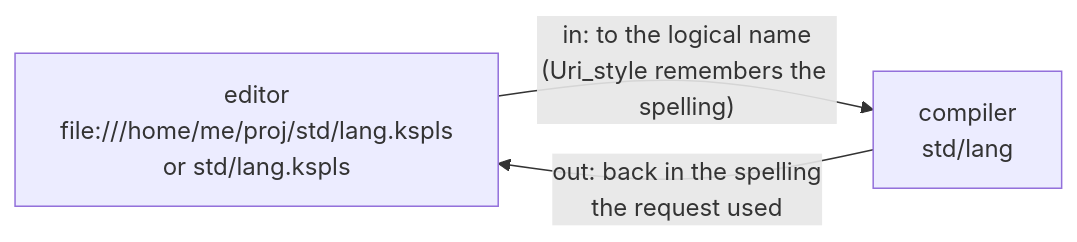
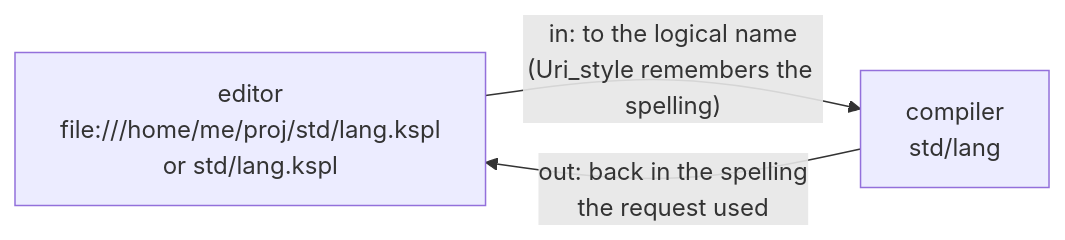
One commit to kansosystem-org/kspl-experimental changed the fourth of 5 diagrams in ksplc/docs/DESIGN-tools.md. Above: the diagram before and after it, drawn with Mermaid. The commit also changed other lines of this file and 1422 other files, not shown here.

````diff
--- a/ksplc/docs/DESIGN-tools.md
+++ b/ksplc/docs/DESIGN-tools.md
@@ -401,5 +405,5 @@
 ```mermaid
 flowchart LR
-    E["editor<br/>file:///home/me/proj/std/lang.kspls<br/>or std/lang.kspls"] -->|"in: to the logical name<br/>(Uri_style remembers the spelling)"| C["compiler<br/>std/lang"]
+    E["editor<br/>file:///home/me/proj/std/lang.kspl<br/>or std/lang.kspl"] -->|"in: to the logical name<br/>(Uri_style remembers the spelling)"| C["compiler<br/>std/lang"]
     C -->|"out: back in the spelling<br/>the request used"| E
 ```
````
